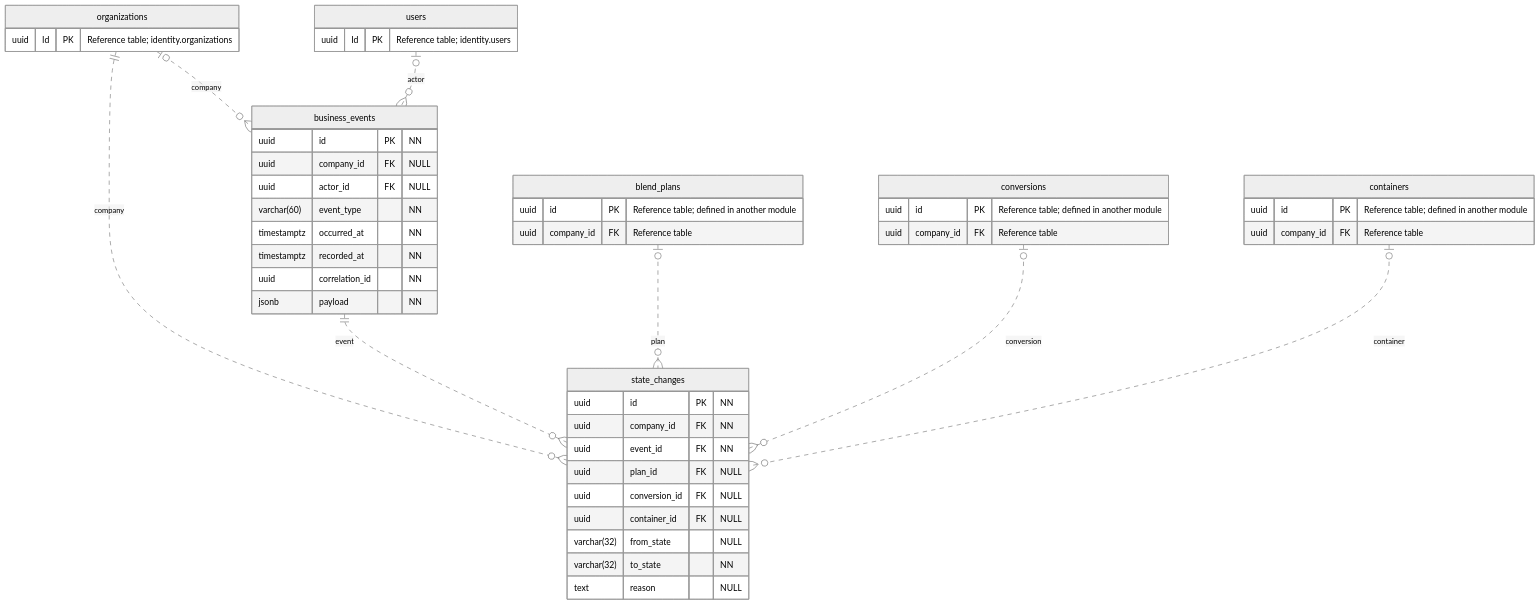
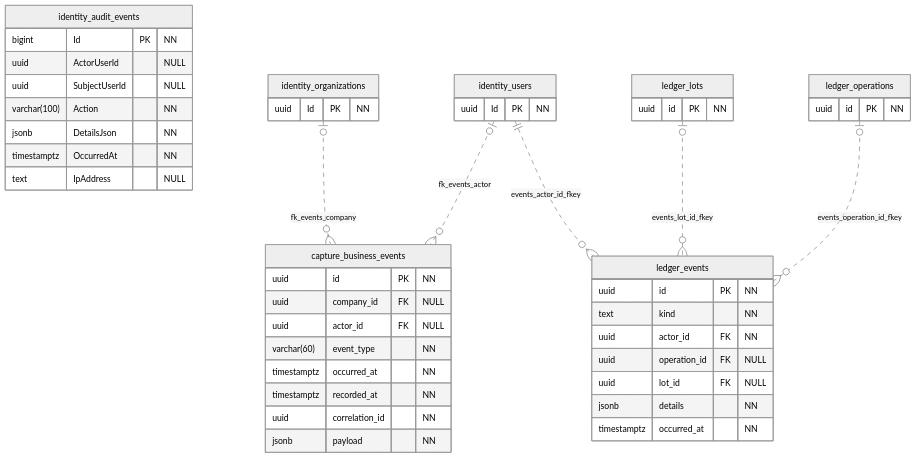
The diagram in docs/dbdiagram/08-traceback-and-event-history.mmd (GrainLedgerProject/GrainLedger), drawn with Mermaid (neutral theme) before and after one commit. The commit also changed 16 other files, not shown here.

Commit message:
docs(api): sync database diagrams with deployed schema

```diff
--- a/docs/dbdiagram/08-traceback-and-event-history.mmd
+++ b/docs/dbdiagram/08-traceback-and-event-history.mmd
@@ -1,48 +1,57 @@
 erDiagram
-    %% NN = NOT NULL; NULL = nullable. Composite FKs and indexes are in DBML.
-    business_events {
+    %% Live catalog snapshot 2026-10-19. Exact type aliases: varchar(n)=character varying(n); timestamptz=timestamp with time zone.
+    %% NN = NOT NULL; NULL = nullable. PK/FK mark catalog constraints; FK labels are exact constraint names.
+
+    %% capture.business_events — full table
+    capture_business_events {
         uuid id PK "NN"
         uuid company_id FK "NULL"
         uuid actor_id FK "NULL"
         varchar(60) event_type "NN"
         timestamptz occurred_at "NN"
         timestamptz recorded_at "NN"
         uuid correlation_id "NN"
         jsonb payload "NN"
     }
-    state_changes {
+    %% identity.audit_events — reference only; full fields in owning diagram
+    identity_audit_events {
+        bigint Id PK "NN"
+        uuid ActorUserId "NULL"
+        uuid SubjectUserId "NULL"
+        varchar(100) Action "NN"
+        jsonb DetailsJson "NN"
+        timestamptz OccurredAt "NN"
+        text IpAddress "NULL"
+    }
+    %% identity.organizations — reference only; full fields in owning diagram
+    identity_organizations {
+        uuid Id PK "NN"
+    }
+    %% identity.users — reference only; full fields in owning diagram
+    identity_users {
+        uuid Id PK "NN"
+    }
+    %% ledger.events — full table
+    ledger_events {
         uuid id PK "NN"
-        uuid company_id FK "NN"
-        uuid event_id FK "NN"
-        uuid plan_id FK "NULL"
-        uuid conversion_id FK "NULL"
-        uuid container_id FK "NULL"
-        varchar(32) from_state "NULL"
-        varchar(32) to_state "NN"
-        text reason "NULL"
+        text kind "NN"
+        uuid actor_id FK "NN"
+        uuid operation_id FK "NULL"
+        uuid lot_id FK "NULL"
+        jsonb details "NN"
+        timestamptz occurred_at "NN"
     }
-    organizations {
-        uuid Id PK "Reference table; identity.organizations"
+    %% ledger.lots — reference only; full fields in owning diagram
+    ledger_lots {
+        uuid id PK "NN"
     }
-    users {
-        uuid Id PK "Reference table; identity.users"
+    %% ledger.operations — reference only; full fields in owning diagram
+    ledger_operations {
+        uuid id PK "NN"
     }
-    blend_plans {
-        uuid id PK "Reference table; defined in another module"
-        uuid company_id FK "Reference table"
-    }
-    conversions {
-        uuid id PK "Reference table; defined in another module"
-        uuid company_id FK "Reference table"
-    }
-    containers {
-        uuid id PK "Reference table; defined in another module"
-        uuid company_id FK "Reference table"
-    }
-    organizations o|..o{ business_events : company
-    users o|..o{ business_events : actor
-    organizations ||..o{ state_changes : company
-    business_events ||..o{ state_changes : event
-    blend_plans o|..o{ state_changes : plan
-    conversions o|..o{ state_changes : conversion
-    containers o|..o{ state_changes : container
+
+    identity_organizations o|..o{ capture_business_events : "fk_events_company"
+    identity_users o|..o{ capture_business_events : "fk_events_actor"
+    identity_users ||..o{ ledger_events : "events_actor_id_fkey"
+    ledger_lots o|..o{ ledger_events : "events_lot_id_fkey"
+    ledger_operations o|..o{ ledger_events : "events_operation_id_fkey"
```
